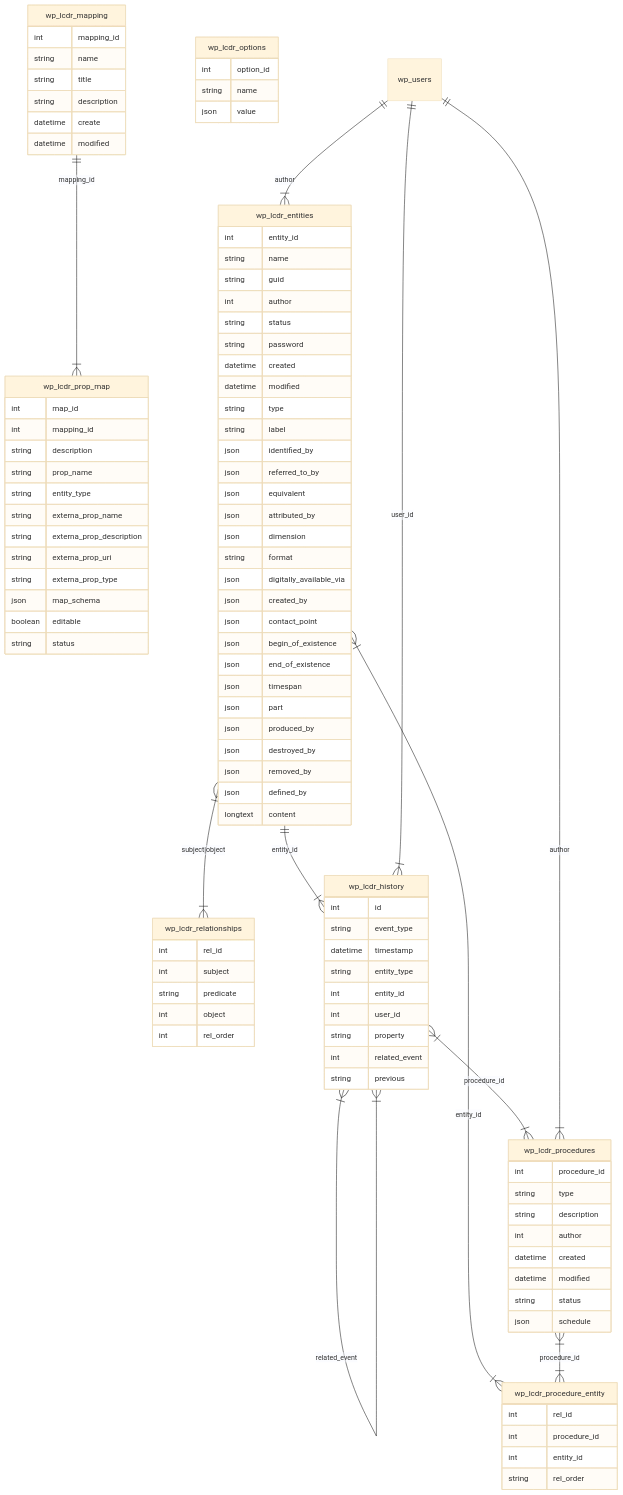
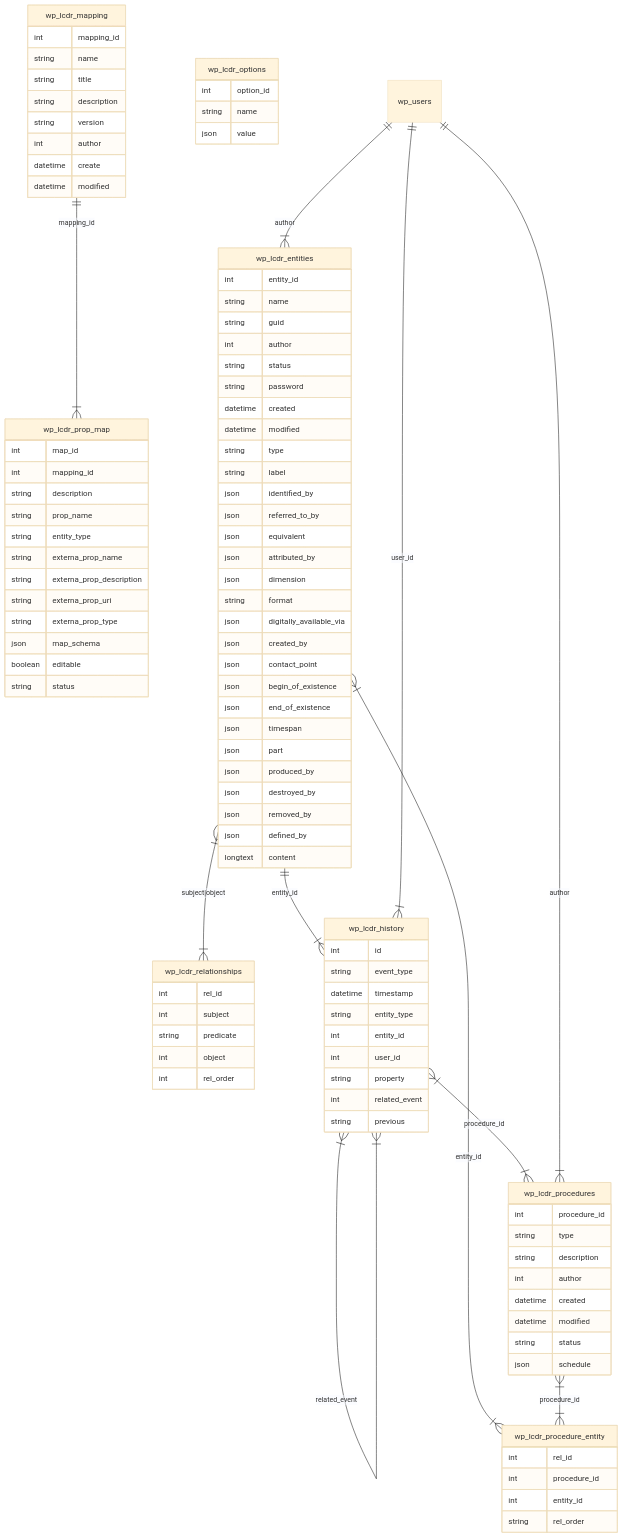
The diagram in publications/dissertacao-mestrado/content/pt-br/elucidario/mdorim/mysql/mysql.md (hgodinho/elucidario), drawn with Mermaid (base theme) before and after one commit. The commit also changed 14 other files, not shown here.

```diff
--- a/publications/dissertacao-mestrado/content/pt-br/elucidario/mdorim/mysql/mysql.md
+++ b/publications/dissertacao-mestrado/content/pt-br/elucidario/mdorim/mysql/mysql.md
@@ -13,6 +13,8 @@
             string name
             string title
             string description
+            string version
+            int author
             datetime create
             datetime modified
         }
```
